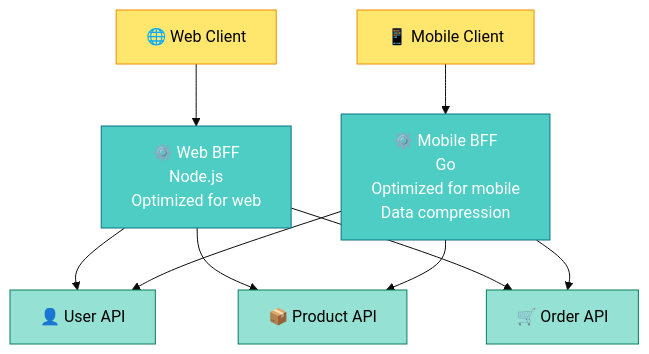
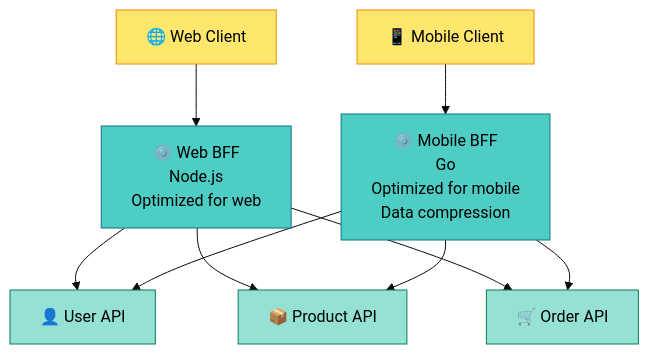
Diagram 14 of 15 in .agents/skills/mermaid-architect/references/guides/diagrams/architecture-diagrams.md (wienans/example-repo), drawn with Mermaid (base theme) before and after one commit. The commit also changed other lines of this file and 58 other files, not shown here.

First line of the commit message:
feat(skills): merge mastery-of-mermaid into mermaid-architect

````diff
--- a/.agents/skills/mermaid-architect/references/guides/diagrams/architecture-diagrams.md
+++ b/.agents/skills/mermaid-architect/references/guides/diagrams/architecture-diagrams.md
@@ -896,31 +896,31 @@
 ```mermaid
 graph TB
     WebClient[🌐 Web Client]
     MobileClient[📱 Mobile Client]
 
     WebBFF[⚙️ Web BFF<br/>Node.js<br/>Optimized for web]
     MobileBFF[⚙️ Mobile BFF<br/>Go<br/>Optimized for mobile<br/>Data compression]
 
     UserAPI[👤 User API]
     ProductAPI[📦 Product API]
     OrderAPI[🛒 Order API]
 
     WebClient --> WebBFF
     MobileClient --> MobileBFF
 
     WebBFF --> UserAPI
     WebBFF --> ProductAPI
     WebBFF --> OrderAPI
 
     MobileBFF --> UserAPI
     MobileBFF --> ProductAPI
     MobileBFF --> OrderAPI
 
     classDef client fill:#FFE66D,stroke:#F08C00,color:#000
-    classDef bff fill:#4ECDC4,stroke:#0B7285,color:#fff
+    classDef bff fill:#4ECDC4,stroke:#0B7285,color:#000
     classDef api fill:#95E1D3,stroke:#087F5B,color:#000
 
     class WebClient,MobileClient client
     class WebBFF,MobileBFF bff
     class UserAPI,ProductAPI,OrderAPI api
 ```
````
